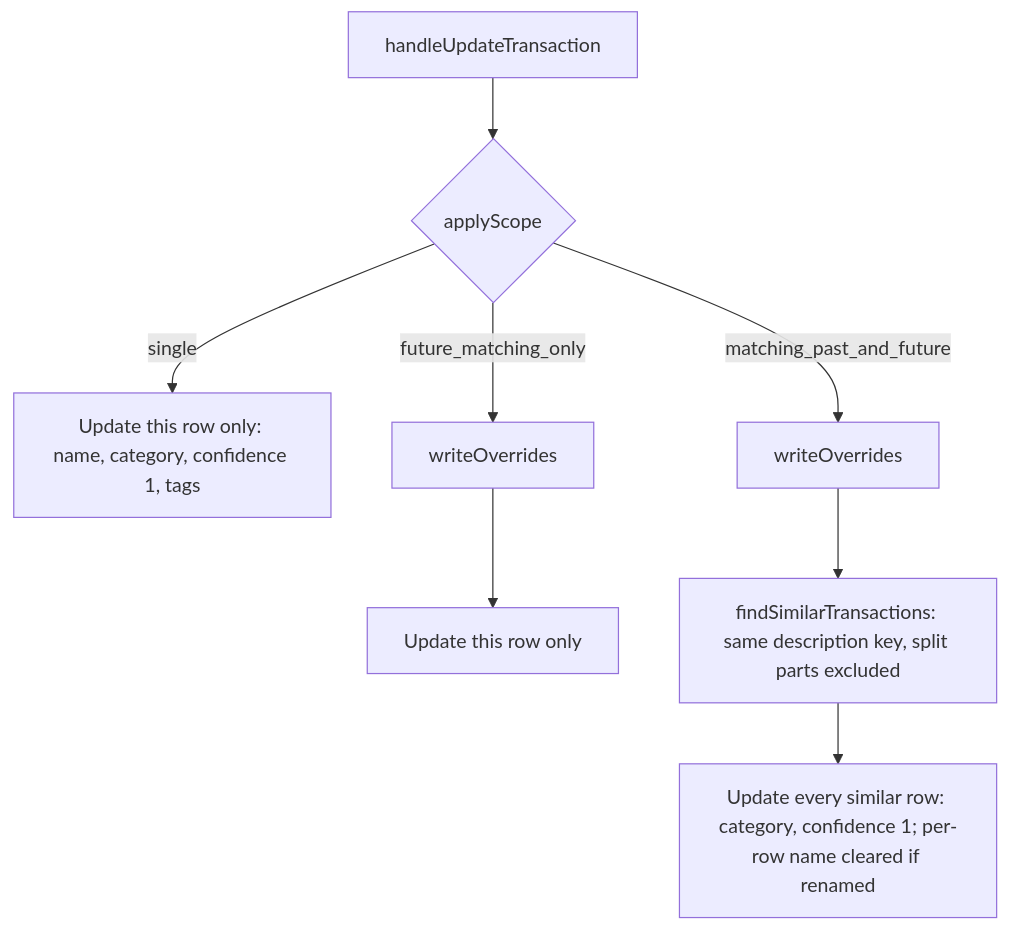
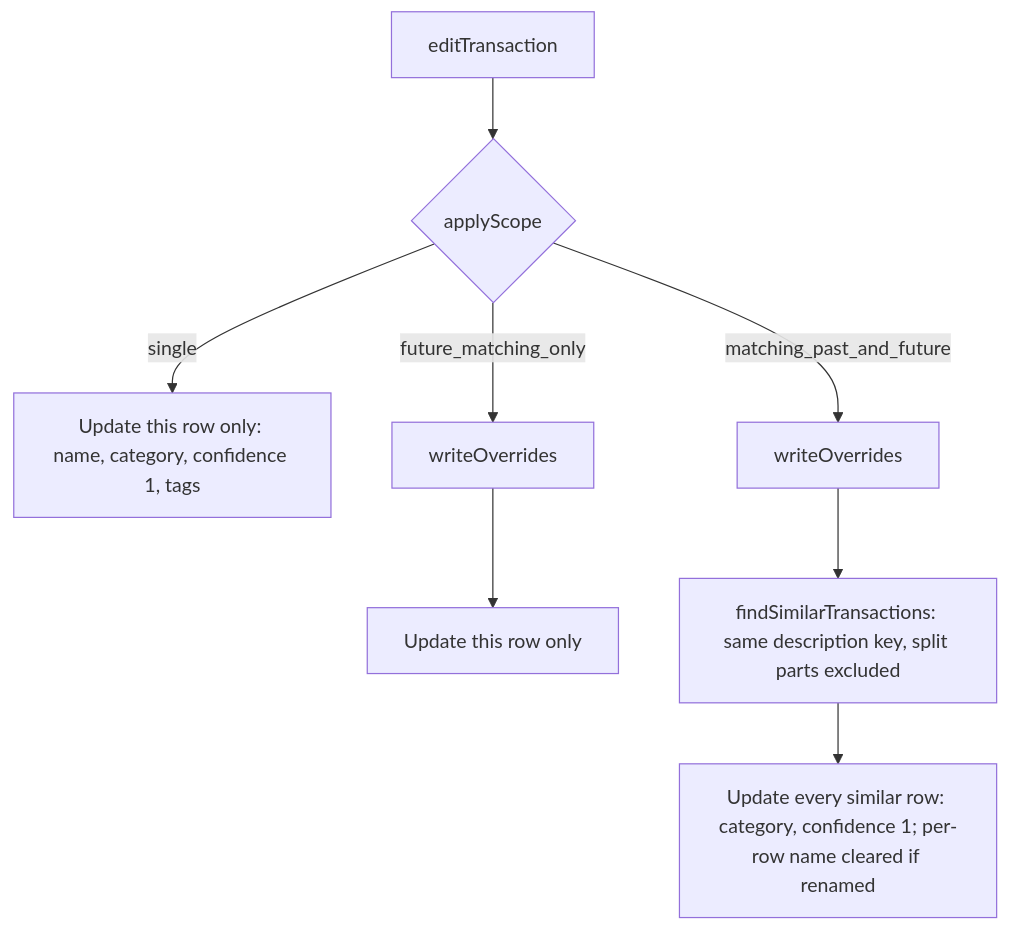
One commit to eltaiguer/tatu changed the third of 3 diagrams in docs/architecture.md. Above: the diagram before and after it, drawn with Mermaid. The commit also changed other lines of this file and 4 other files, not shown here.

````diff
--- a/docs/architecture.md
+++ b/docs/architecture.md
@@ -150,10 +163,10 @@
 ```mermaid
 flowchart TD
-    E["handleUpdateTransaction"] --> S{"applyScope"}
+    E["editTransaction"] --> S{"applyScope"}
     S -- "single" --> S1["Update this row only: name, category, confidence 1, tags"]
     S -- "future_matching_only" --> W1["writeOverrides"]
     W1 --> F1["Update this row only"]
     S -- "matching_past_and_future" --> W2["writeOverrides"]
     W2 --> M1["findSimilarTransactions: same description key, split parts excluded"]
     M1 --> M2["Update every similar row: category, confidence 1; per-row name cleared if renamed"]
 ```
````
